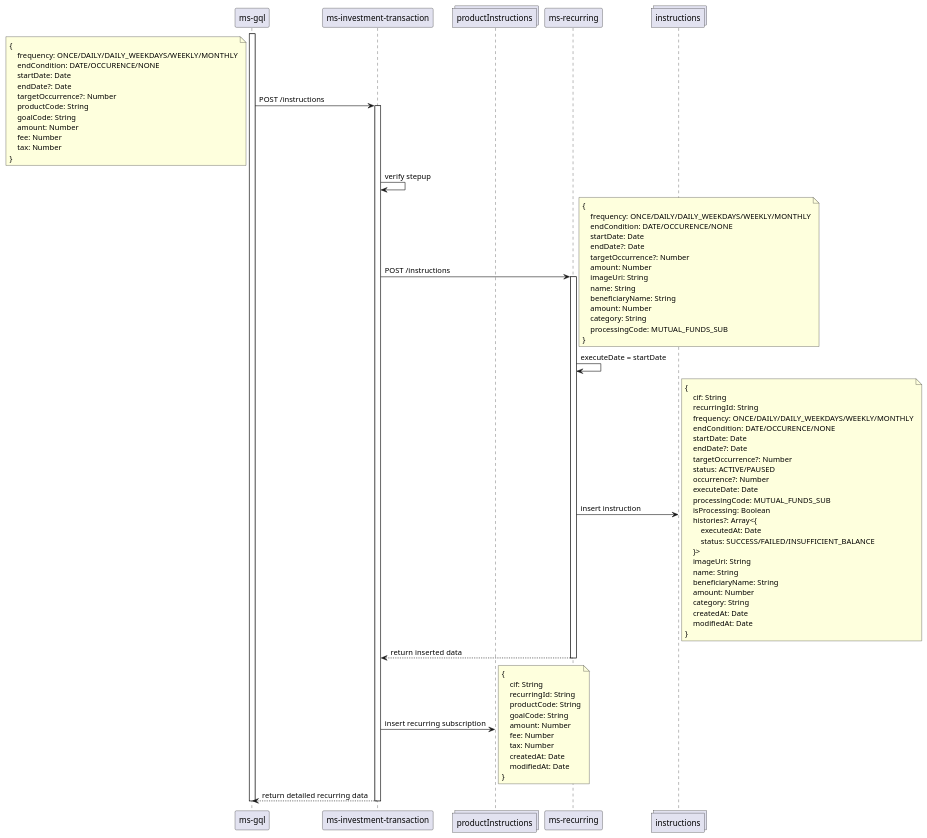
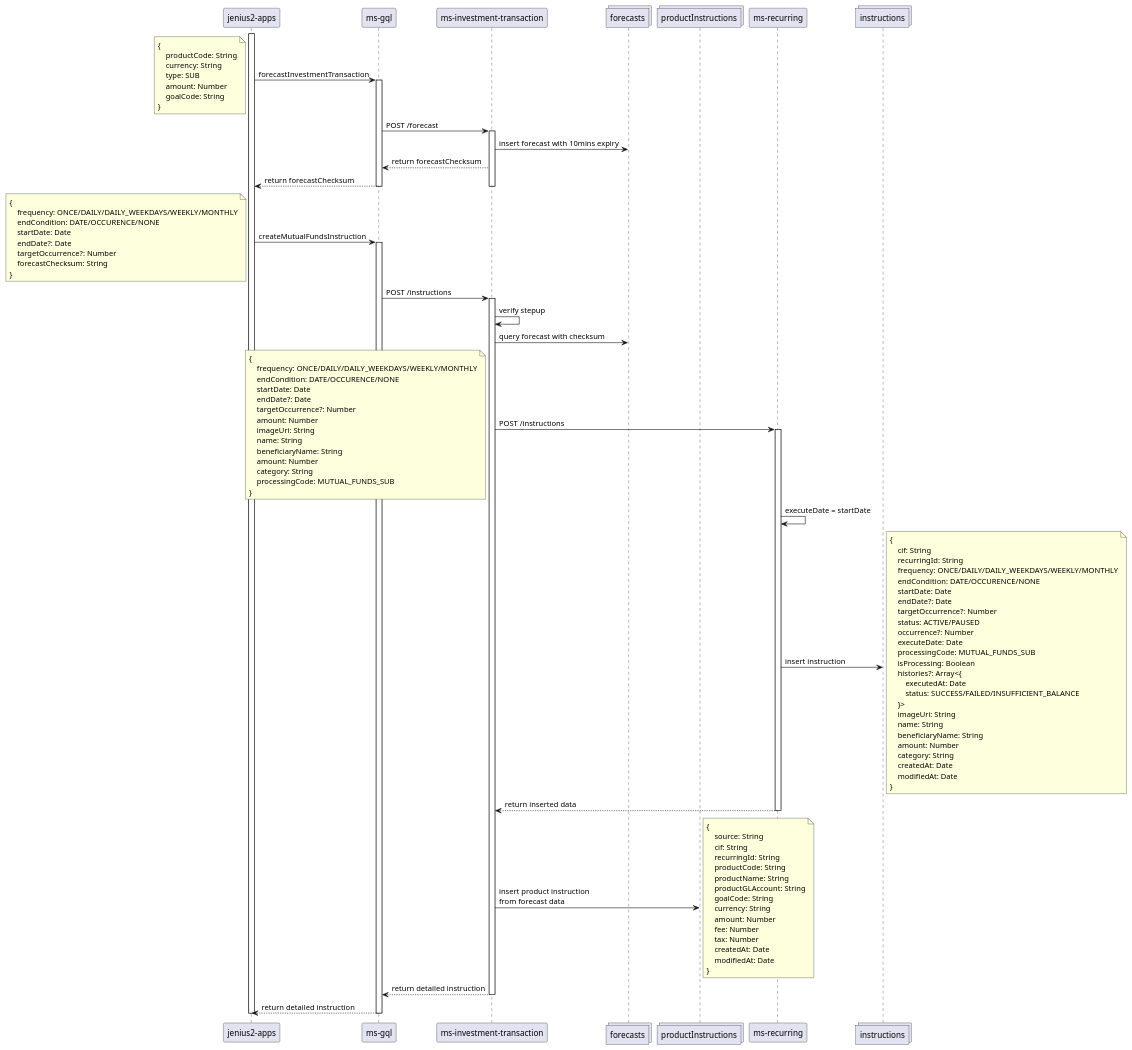
One commit to iksena/jenius-uml changed the diagram in mfRecurring.puml. Above: the diagram before and after it, drawn with PlantUML. The commit also changed 3 other files, not shown here.

```diff
--- a/mfRecurring.puml
+++ b/mfRecurring.puml
@@ -1,94 +1,119 @@
 @startuml mutual funds recurring
 
+participant "jenius2-apps" as app
 participant "ms-gql" as mg
 participant "ms-investment-transaction" as mit
+collections "forecasts" as forecasts
 collections "productInstructions" as recSubs
 participant "ms-recurring" as mr
 collections "instructions" as recs
 
+activate app
+app -> mg: forecastInvestmentTransaction
+note left
+{
+    productCode: String
+    currency: String
+    type: SUB
+    amount: Number
+    goalCode: String
+}
+end note
 activate mg
-mg -> mit: POST /instructions
+mg -> mit: POST /forecast
+activate mit
+mit -> forecasts: insert forecast with 10mins expiry
+mit --> mg: return forecastChecksum
+mg --> app: return forecastChecksum
+deactivate mit
+deactivate mg
+app -> mg: createMutualFundsInstruction
 note left
 { 
     frequency: ONCE/DAILY/DAILY_WEEKDAYS/WEEKLY/MONTHLY
     endCondition: DATE/OCCURENCE/NONE
     startDate: Date
     endDate?: Date
     targetOccurrence?: Number
-    productCode: String
-    goalCode: String
-    amount: Number
-    fee: Number
-    tax: Number
+    forecastChecksum: String
 }
 end note
+activate mg
+mg -> mit: POST /instructions
 activate mit
 mit -> mit: verify stepup
+mit -> forecasts: query forecast with checksum
 mit -> mr: POST /instructions
-note right
+note left
 { 
     frequency: ONCE/DAILY/DAILY_WEEKDAYS/WEEKLY/MONTHLY
     endCondition: DATE/OCCURENCE/NONE
     startDate: Date
     endDate?: Date
     targetOccurrence?: Number
     amount: Number
     imageUri: String
     name: String
     beneficiaryName: String
     amount: Number
     category: String
     processingCode: MUTUAL_FUNDS_SUB
 }
 end note
 activate mr
 mr -> mr: executeDate = startDate
 mr -> recs: insert instruction
 note right
 { 
     cif: String
     recurringId: String
     frequency: ONCE/DAILY/DAILY_WEEKDAYS/WEEKLY/MONTHLY
     endCondition: DATE/OCCURENCE/NONE
     startDate: Date
     endDate?: Date
     targetOccurrence?: Number
     status: ACTIVE/PAUSED
     occurrence?: Number
     executeDate: Date
     processingCode: MUTUAL_FUNDS_SUB
     isProcessing: Boolean
     histories?: Array<{
         executedAt: Date
         status: SUCCESS/FAILED/INSUFFICIENT_BALANCE
     }>
     imageUri: String
     name: String
     beneficiaryName: String
     amount: Number
     category: String
     createdAt: Date
     modifiedAt: Date
 }
 end note
 mr --> mit: return inserted data
 deactivate mr
-mit-> recSubs: insert recurring subscription
+mit-> recSubs: insert product instruction\nfrom forecast data
 note right
 { 
+    source: String
     cif: String
     recurringId: String
     productCode: String
+    productName: String
+    productGLAccount: String
     goalCode: String
+    currency: String
     amount: Number
     fee: Number
     tax: Number
     createdAt: Date
     modifiedAt: Date
 }
 end note
-mit --> mg: return detailed recurring data
+mit --> mg: return detailed instruction
 deactivate mit
+mg --> app: return detailed instruction
 deactivate mg
+deactivate app
 
 @enduml
```
